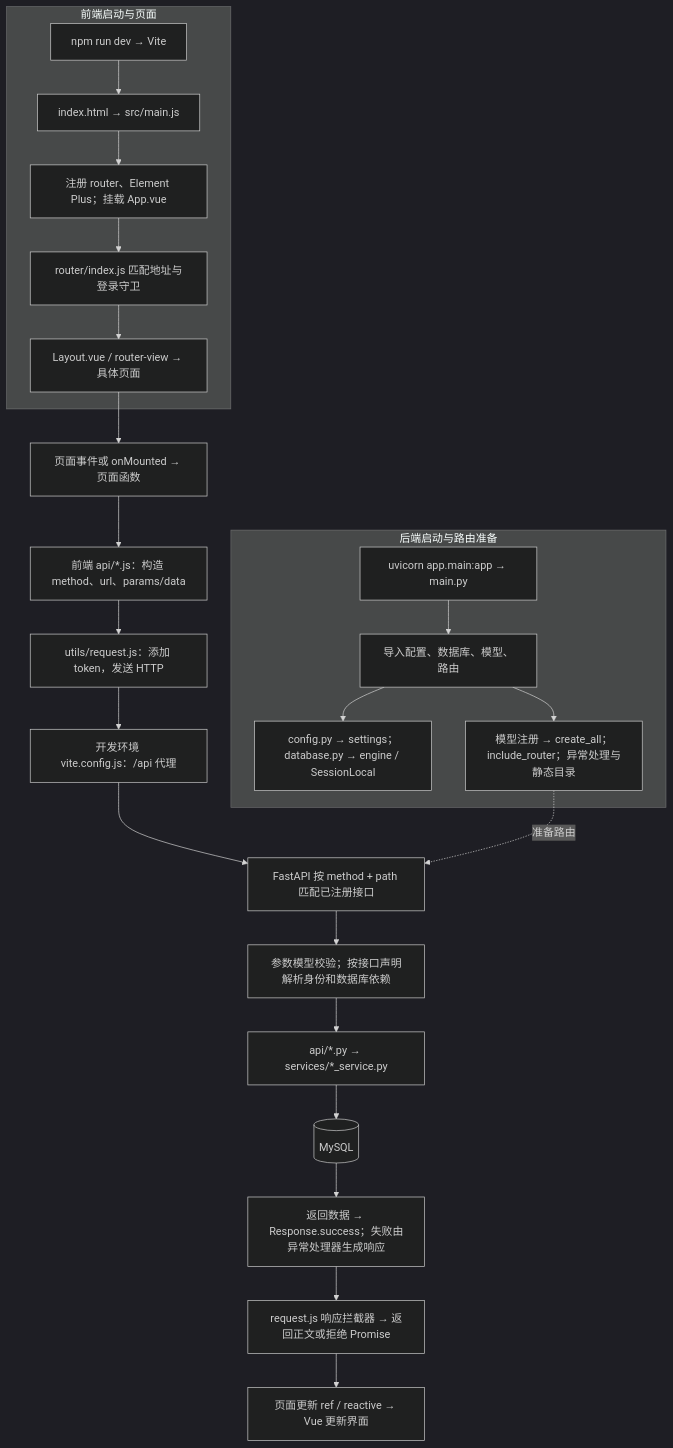
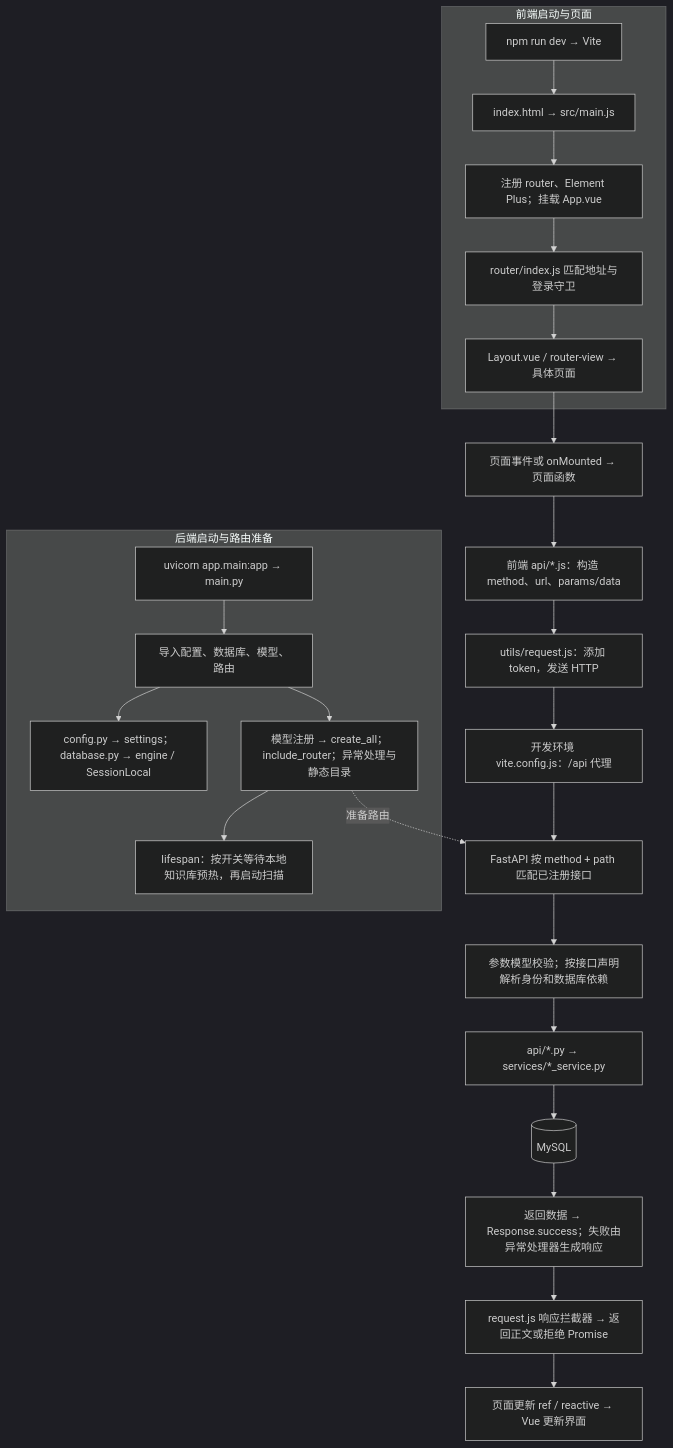
Before and after one commit to JasonCauly/Lab_Agent: the first of 8 diagrams in README.md, drawn with Mermaid (dark theme). The commit also changed other lines of this file and 15 other files, not shown here.

````diff
--- a/README.md
+++ b/README.md
@@ -1092,26 +1104,27 @@
 ```mermaid
 flowchart TD
     subgraph Frontend[前端启动与页面]
         F0["npm run dev → Vite"] --> F1["index.html → src/main.js"]
         F1 --> F2["注册 router、Element Plus；挂载 App.vue"]
         F2 --> F3["router/index.js 匹配地址与登录守卫"]
         F3 --> F4["Layout.vue / router-view → 具体页面"]
     end
     subgraph Backend[后端启动与路由准备]
         B0["uvicorn app.main:app → main.py"] --> B1["导入配置、数据库、模型、路由"]
         B1 --> B2["config.py → settings；database.py → engine / SessionLocal"]
         B1 --> B3["模型注册 → create_all；include_router；异常处理与静态目录"]
+        B3 --> BW["lifespan：按开关等待本地知识库预热，再启动扫描"]
     end
     F4 --> E["页面事件或 onMounted → 页面函数"]
     E --> A["前端 api/*.js：构造 method、url、params/data"]
     A --> R["utils/request.js：添加 token，发送 HTTP"]
     R --> P["开发环境 vite.config.js：/api 代理"]
     P --> B4["FastAPI 按 method + path 匹配已注册接口"]
     B3 -.准备路由.-> B4
     B4 --> B5["参数模型校验；按接口声明解析身份和数据库依赖"]
     B5 --> B6["api/*.py → services/*_service.py"]
     B6 --> DB[(MySQL)]
     DB --> OUT["返回数据 → Response.success；失败由异常处理器生成响应"]
     OUT --> RI["request.js 响应拦截器 → 返回正文或拒绝 Promise"]
     RI --> UI["页面更新 ref / reactive → Vue 更新界面"]
 ```
````
